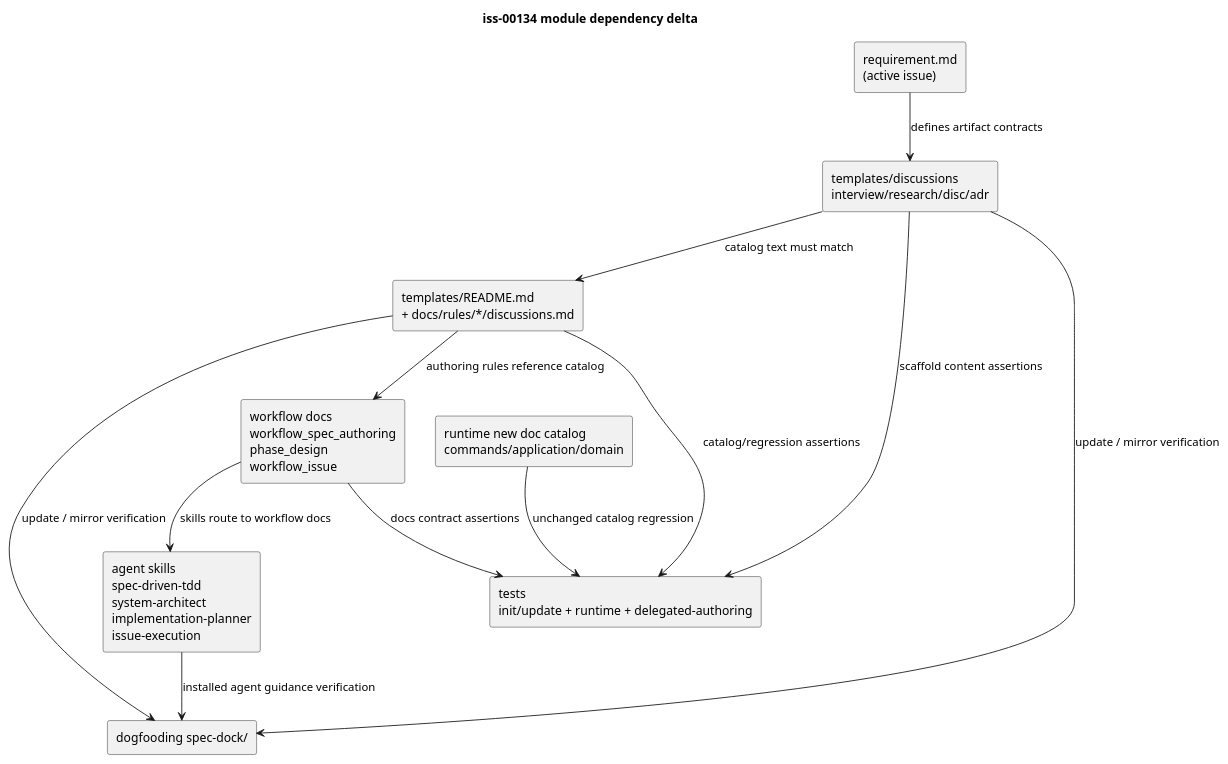
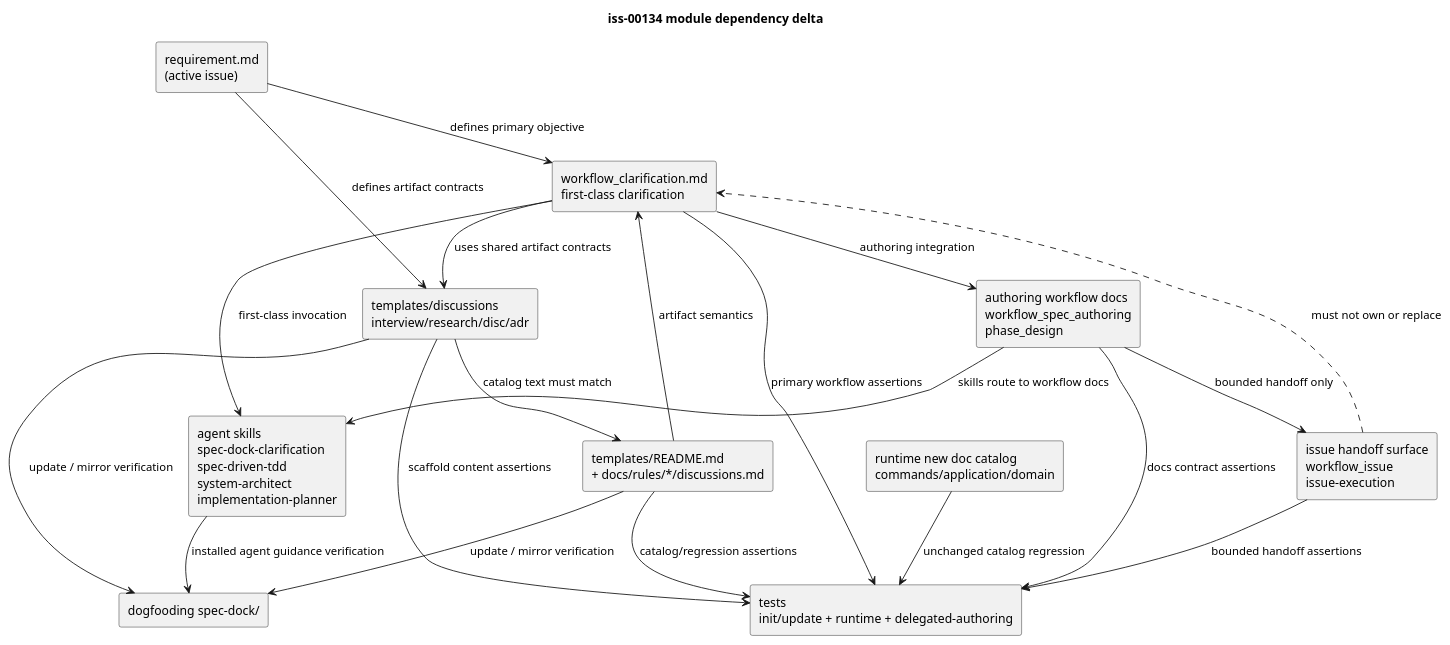
The third of 3 diagrams in spec-dock/initiatives/init-local-00003-architecture-maintenance-and-hardening/epics/epic-00067-installed-layout-aligned-asset-source-structure-for-agent-tooling/issues/iss-00134-matt-pocock-grill-skill-review-patterns/design.md (chemitaro/spec-dock), drawn with PlantUML before and after one commit. The commit also changed other lines of this file and 4 other files, not shown here.

Commit message:
docs(spec-dock): clarificationワークフロー名を整理

````diff
--- a/spec-dock/initiatives/init-local-00003-architecture-maintenance-and-hardening/epics/epic-00067-installed-layout-aligned-asset-source-structure-for-agent-tooling/issues/iss-00134-matt-pocock-grill-skill-review-patterns/design.md
+++ b/spec-dock/initiatives/init-local-00003-architecture-maintenance-and-hardening/epics/epic-00067-installed-layout-aligned-asset-source-structure-for-agent-tooling/issues/iss-00134-matt-pocock-grill-skill-review-patterns/design.md
@@ -392,32 +474,42 @@
 ```plantuml
 @startuml
 title iss-00134 module dependency delta
 ' Question answered: どの shipped assets が上流で、どこから実装すべきか
 ' Scope: provider-side templates/docs/skills と dogfooding mirror
 ' Excluded details: 全 runtime call graph、全 tests、installer internals
 ' Update trigger: doc type catalog 追加、template 責務変更、skill routing 変更
 
 top to bottom direction
 
 rectangle "requirement.md\n(active issue)" as Req
+rectangle "workflow_clarification.md\nfirst-class clarification" as ClarificationWorkflow
 rectangle "templates/discussions\ninterview/research/disc/adr" as Templates
 rectangle "templates/README.md\n+ docs/rules/*/discussions.md" as CatalogDocs
-rectangle "workflow docs\nworkflow_spec_authoring\nphase_design\nworkflow_issue" as WorkflowDocs
-rectangle "agent skills\nspec-driven-tdd\nsystem-architect\nimplementation-planner\nissue-execution" as Skills
+rectangle "authoring workflow docs\nworkflow_spec_authoring\nphase_design" as WorkflowDocs
+rectangle "agent skills\nspec-dock-clarification\nspec-driven-tdd\nsystem-architect\nimplementation-planner" as Skills
+rectangle "issue handoff surface\nworkflow_issue\nissue-execution" as IssueHandoff
 rectangle "runtime new doc catalog\ncommands/application/domain" as Runtime
 rectangle "tests\ninit/update + runtime + delegated-authoring" as Tests
 rectangle "dogfooding spec-dock/" as Dogfood
 
+Req --> ClarificationWorkflow : defines primary objective
+ClarificationWorkflow --> Templates : uses shared artifact contracts
 Req --> Templates : defines artifact contracts
 Templates --> CatalogDocs : catalog text must match
-CatalogDocs --> WorkflowDocs : authoring rules reference catalog
+CatalogDocs --> ClarificationWorkflow : artifact semantics
+ClarificationWorkflow --> WorkflowDocs : authoring integration
 WorkflowDocs --> Skills : skills route to workflow docs
+ClarificationWorkflow --> Skills : first-class invocation
+WorkflowDocs --> IssueHandoff : bounded handoff only
+IssueHandoff ..> ClarificationWorkflow : must not own or replace
 Templates --> Tests : scaffold content assertions
 CatalogDocs --> Tests : catalog/regression assertions
+ClarificationWorkflow --> Tests : primary workflow assertions
 WorkflowDocs --> Tests : docs contract assertions
+IssueHandoff --> Tests : bounded handoff assertions
 Runtime --> Tests : unchanged catalog regression
 Templates --> Dogfood : update / mirror verification
 CatalogDocs --> Dogfood : update / mirror verification
 Skills --> Dogfood : installed agent guidance verification
 @enduml
 ```
````
